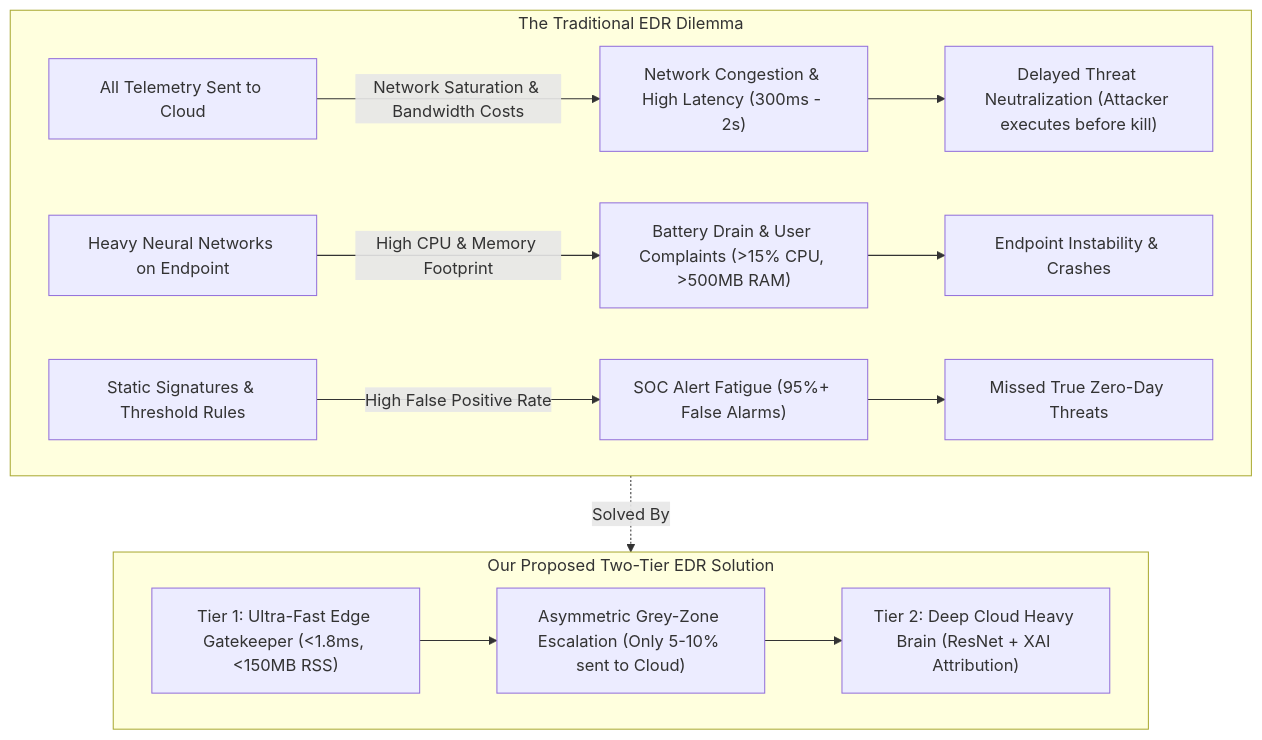
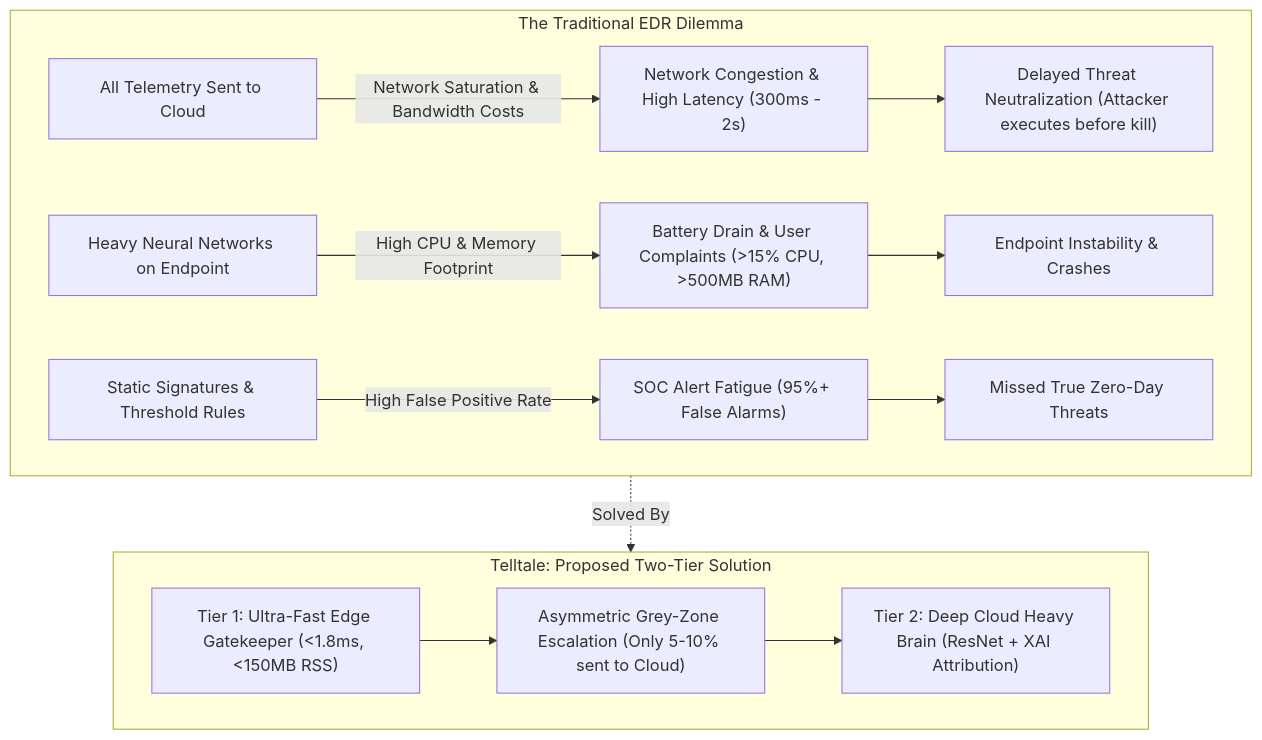
The first of 7 diagrams in diagrams.md (RKG765/Behavioral-Cyber-Resilient-Detection-Framework-for-Early-Detection-of-Ransomware-Attacks), drawn with Mermaid before and after one commit. The commit also changed other lines of this file and 72 other files, not shown here.

````diff
--- a/diagrams.md
+++ b/diagrams.md
@@ -11,24 +11,24 @@
 ```mermaid
 flowchart TD
     subgraph LegacyProblems["The Traditional EDR Dilemma"]
         A["All Telemetry Sent to Cloud"] -->|"Network Saturation & Bandwidth Costs"| B["Network Congestion & High Latency (300ms - 2s)"]
         B --> C["Delayed Threat Neutralization (Attacker executes before kill)"]
         
         D["Heavy Neural Networks on Endpoint"] -->|"High CPU & Memory Footprint"| E["Battery Drain & User Complaints (>15% CPU, >500MB RAM)"]
         E --> F["Endpoint Instability & Crashes"]
         
         G["Static Signatures & Threshold Rules"] -->|"High False Positive Rate"| H["SOC Alert Fatigue (95%+ False Alarms)"]
         H --> I["Missed True Zero-Day Threats"]
     end
     
-    subgraph ProposedSolution["Our Proposed Two-Tier EDR Solution"]
+    subgraph ProposedSolution["Telltale: Proposed Two-Tier Solution"]
         J["Tier 1: Ultra-Fast Edge Gatekeeper (<1.8ms, <150MB RSS)"]
         K["Tier 2: Deep Cloud Heavy Brain (ResNet + XAI Attribution)"]
         L["Asymmetric Grey-Zone Escalation (Only 5-10% sent to Cloud)"]
         
         J --> L
         L --> K
     end
     
     LegacyProblems -.->|"Solved By"| ProposedSolution
 ```
````
